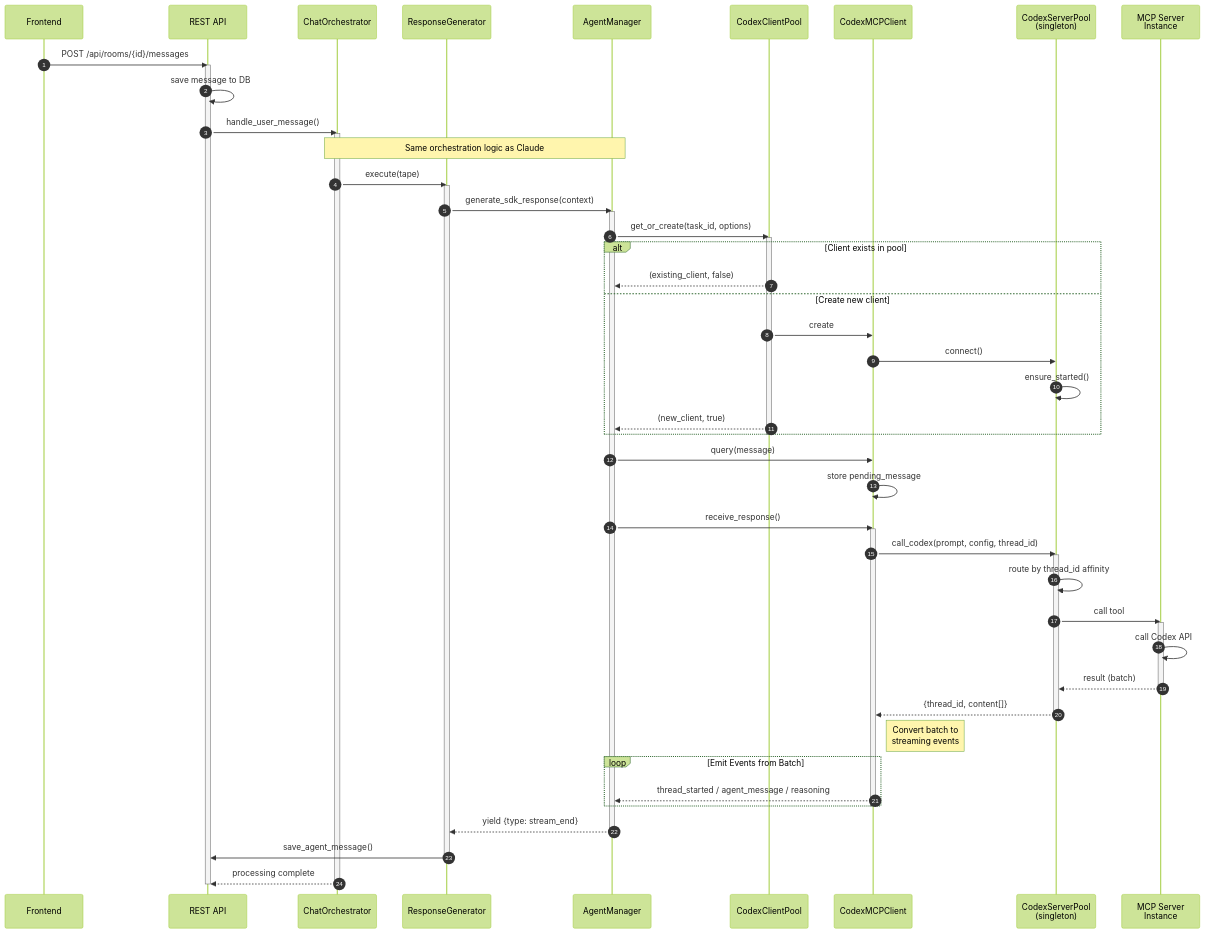
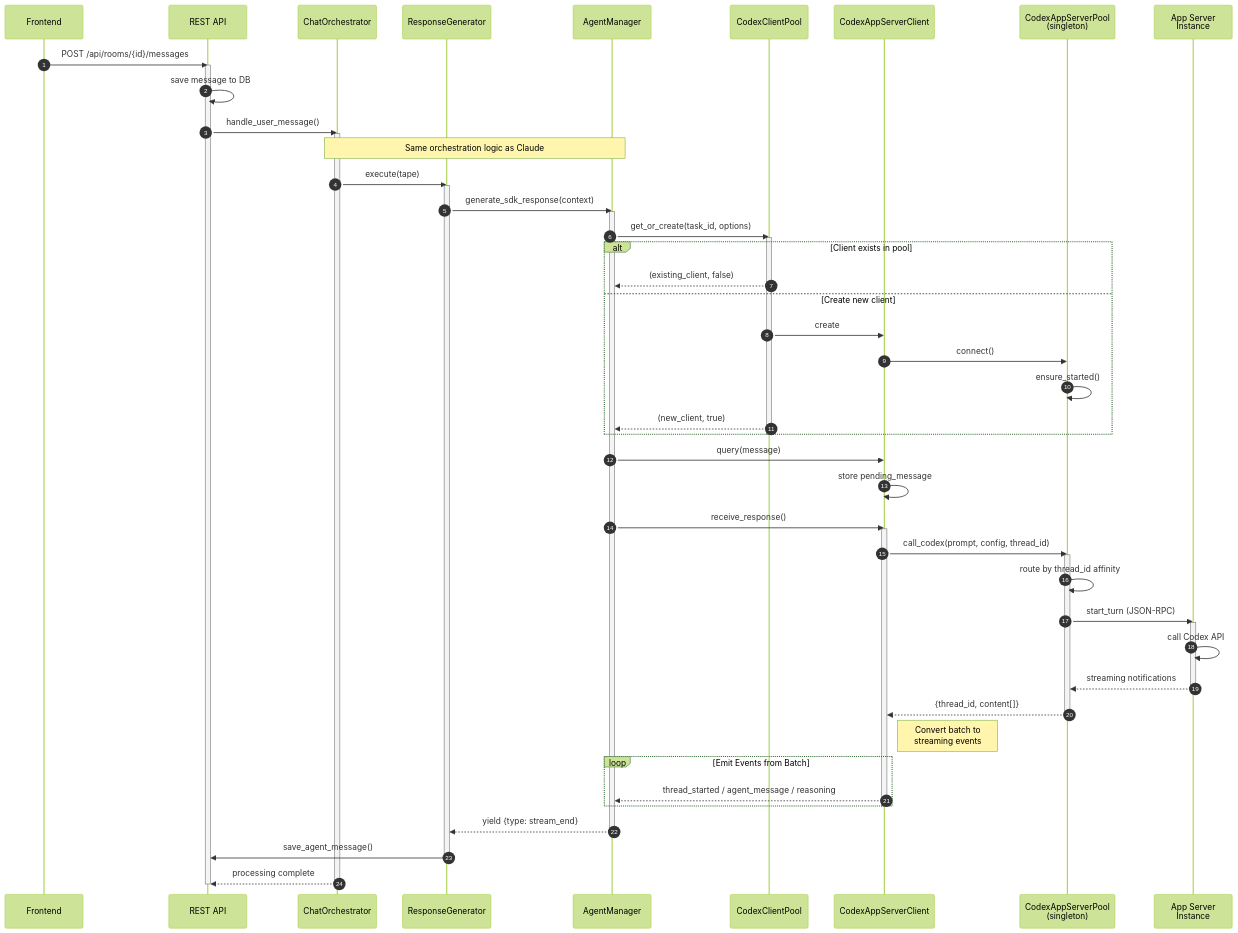
One commit to sorryhyun/chitchats-public changed the second of 4 diagrams in docs/sequence-diagrams.md. Above: the diagram before and after it, drawn with Mermaid (forest theme). The commit also changed other lines of this file, not shown here.

First line of the commit message:
docs: update sequence diagrams to reflect Codex app server architecture

````diff
--- a/docs/sequence-diagrams.md
+++ b/docs/sequence-diagrams.md
@@ -95,76 +95,76 @@
 ```mermaid
 sequenceDiagram
     autonumber
     participant FE as Frontend
     participant API as REST API
     participant CO as ChatOrchestrator
     participant RG as ResponseGenerator
     participant AM as AgentManager
     participant Pool as CodexClientPool
-    participant Client as CodexMCPClient
-    participant SP as CodexServerPool<br/>(singleton)
-    participant MCP as MCP Server<br/>Instance
+    participant Client as CodexAppServerClient
+    participant SP as CodexAppServerPool<br/>(singleton)
+    participant Server as App Server<br/>Instance
 
     FE->>API: POST /api/rooms/{id}/messages
     activate API
     API->>API: save message to DB
     API->>CO: handle_user_message()
     activate CO
 
     Note over CO,AM: Same orchestration logic as Claude
 
     CO->>RG: execute(tape)
     activate RG
 
     RG->>AM: generate_sdk_response(context)
     activate AM
 
     AM->>Pool: get_or_create(task_id, options)
     activate Pool
 
     alt Client exists in pool
         Pool-->>AM: (existing_client, false)
     else Create new client
         Pool->>Client: create
         Client->>SP: connect()
         SP->>SP: ensure_started()
         Pool-->>AM: (new_client, true)
     end
     deactivate Pool
 
     AM->>Client: query(message)
     Client->>Client: store pending_message
 
     AM->>Client: receive_response()
     activate Client
 
     Client->>SP: call_codex(prompt, config, thread_id)
     activate SP
 
     SP->>SP: route by thread_id affinity
-    SP->>MCP: call tool
-    activate MCP
-    MCP->>MCP: call Codex API
-    MCP-->>SP: result (batch)
-    deactivate MCP
+    SP->>Server: start_turn (JSON-RPC)
+    activate Server
+    Server->>Server: call Codex API
+    Server-->>SP: streaming notifications
+    deactivate Server
 
     SP-->>Client: {thread_id, content[]}
     deactivate SP
 
     Note right of Client: Convert batch to<br/>streaming events
 
     loop Emit Events from Batch
         Client-->>AM: thread_started / agent_message / reasoning
     end
     deactivate Client
 
     AM-->>RG: yield {type: stream_end}
     deactivate AM
 
     RG->>API: save_agent_message()
     deactivate RG
 
     CO-->>API: processing complete
     deactivate CO
     deactivate API
 ```
````
